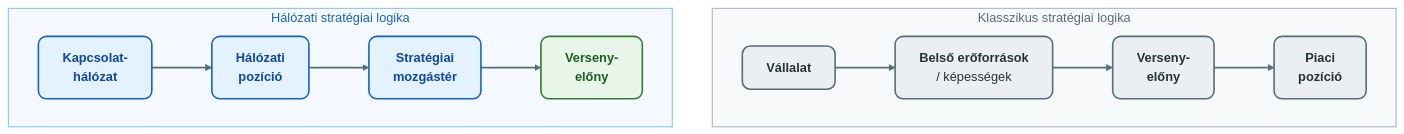
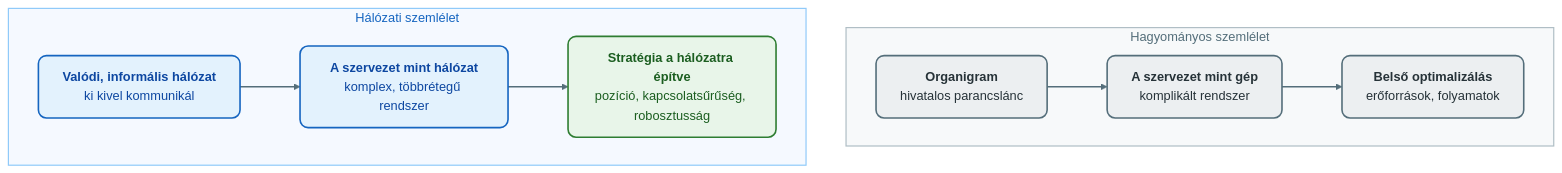
Before and after one commit to denespocsik/MM_BSC_Zarovizsga: the first of 4 diagrams in Tételek/V20-GMXVU2MBLF-Hálózati üzleti stratégia.tétel.md, drawn with Mermaid. The commit also changed other lines of this file and 3 other files, not shown here.

````diff
--- a/Tételek/V20-GMXVU2MBLF-Hálózati üzleti stratégia.tétel.md
+++ b/Tételek/V20-GMXVU2MBLF-Hálózati üzleti stratégia.tétel.md
@@ -11,18 +25,18 @@
 ```mermaid
 flowchart TD
-    subgraph KLASS["Klasszikus stratégiai logika"]
-        K1["<b>Vállalat</b>"]:::szurke --> K2["<b>Belső erőforrások</b><br/>/ képességek"]:::szurke --> K3["<b>Verseny-<br/>előny</b>"]:::szurke --> K4["<b>Piaci<br/>pozíció</b>"]:::szurke
+    subgraph HAGY["Hagyományos szemlélet"]
+        K1["<b>Organigram</b><br/>hivatalos parancslánc"]:::szurke --> K2["<b>A szervezet mint gép</b><br/>komplikált rendszer"]:::szurke --> K3["<b>Belső optimalizálás</b><br/>erőforrások, folyamatok"]:::szurke
     end
-    subgraph HAL["Hálózati stratégiai logika"]
-        H1["<b>Kapcsolat-<br/>hálózat</b>"]:::kek --> H2["<b>Hálózati<br/>pozíció</b>"]:::kek --> H3["<b>Stratégiai<br/>mozgástér</b>"]:::kek --> H4["<b>Verseny-<br/>előny</b>"]:::zold
+    subgraph HAL["Hálózati szemlélet"]
+        H1["<b>Valódi, informális hálózat</b><br/>ki kivel kommunikál"]:::kek --> H2["<b>A szervezet mint hálózat</b><br/>komplex, többrétegű rendszer"]:::kek --> H3["<b>Stratégia a hálózatra építve</b><br/>pozíció, kapcsolatsűrűség, robosztusság"]:::zold
     end
 
     classDef kek    fill:#e3f2fd,stroke:#1565c0,stroke-width:2px,color:#0d47a1,rx:10,ry:10;
     classDef zold   fill:#e8f5e9,stroke:#2e7d32,stroke-width:2px,color:#1b5e20,rx:10,ry:10;
     classDef szurke fill:#eceff1,stroke:#546e7a,stroke-width:2px,color:#263238,rx:10,ry:10;
 
-    style KLASS fill:#f7f9fa,stroke:#b0bec5,stroke-width:1.5px,color:#546e7a;
-    style HAL   fill:#f5f9ff,stroke:#90caf9,stroke-width:1.5px,color:#1565c0;
+    style HAGY fill:#f7f9fa,stroke:#b0bec5,stroke-width:1.5px,color:#546e7a;
+    style HAL  fill:#f5f9ff,stroke:#90caf9,stroke-width:1.5px,color:#1565c0;
 
     linkStyle default stroke:#546e7a,stroke-width:2px;
 ```
````
